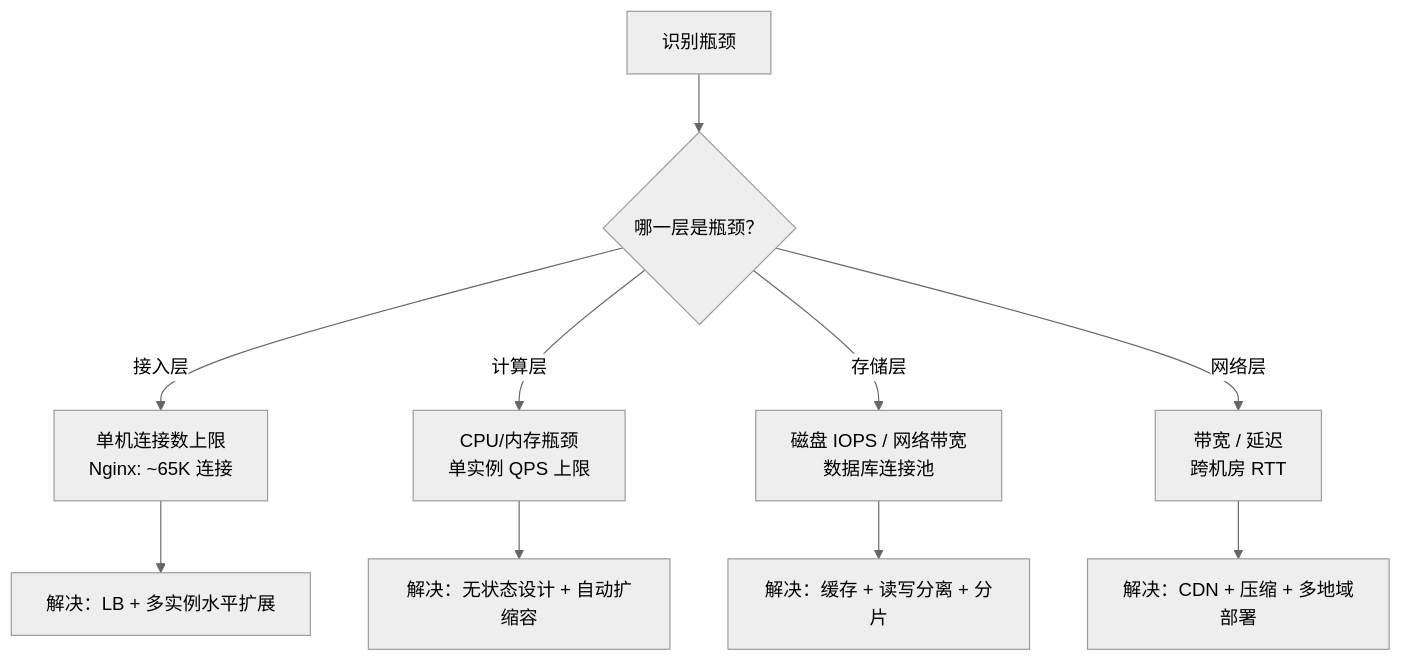
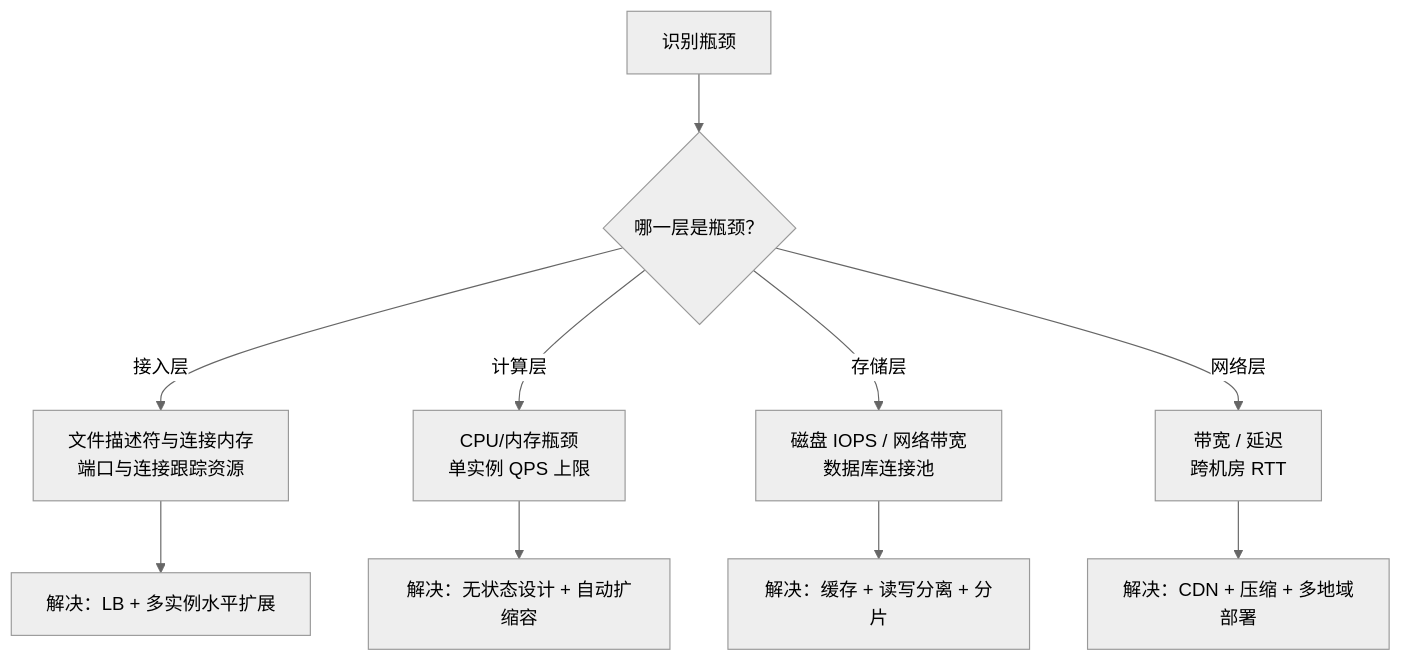
One commit to liukun2634/dev-interview-guide changed the fourth of 7 diagrams in docs/system-design/system-design-methodology.md. Above: the diagram before and after it, drawn with Mermaid (neutral theme). The commit also changed other lines of this file and 6 other files, not shown here.

````diff
--- a/docs/system-design/system-design-methodology.md
+++ b/docs/system-design/system-design-methodology.md
@@ -316,13 +375,13 @@
 ```mermaid
 flowchart TD
     A[识别瓶颈] --> B{哪一层是瓶颈？}
-    B -->|接入层| C[单机连接数上限<br/>Nginx: ~65K 连接]
+    B -->|接入层| C[文件描述符与连接内存<br/>端口与连接跟踪资源]
     B -->|计算层| D[CPU/内存瓶颈<br/>单实例 QPS 上限]
     B -->|存储层| E[磁盘 IOPS / 网络带宽<br/>数据库连接池]
     B -->|网络层| F[带宽 / 延迟<br/>跨机房 RTT]
     
     C --> G[解决：LB + 多实例水平扩展]
     D --> H[解决：无状态设计 + 自动扩缩容]
     E --> I[解决：缓存 + 读写分离 + 分片]
     F --> J[解决：CDN + 压缩 + 多地域部署]
 ```
````
